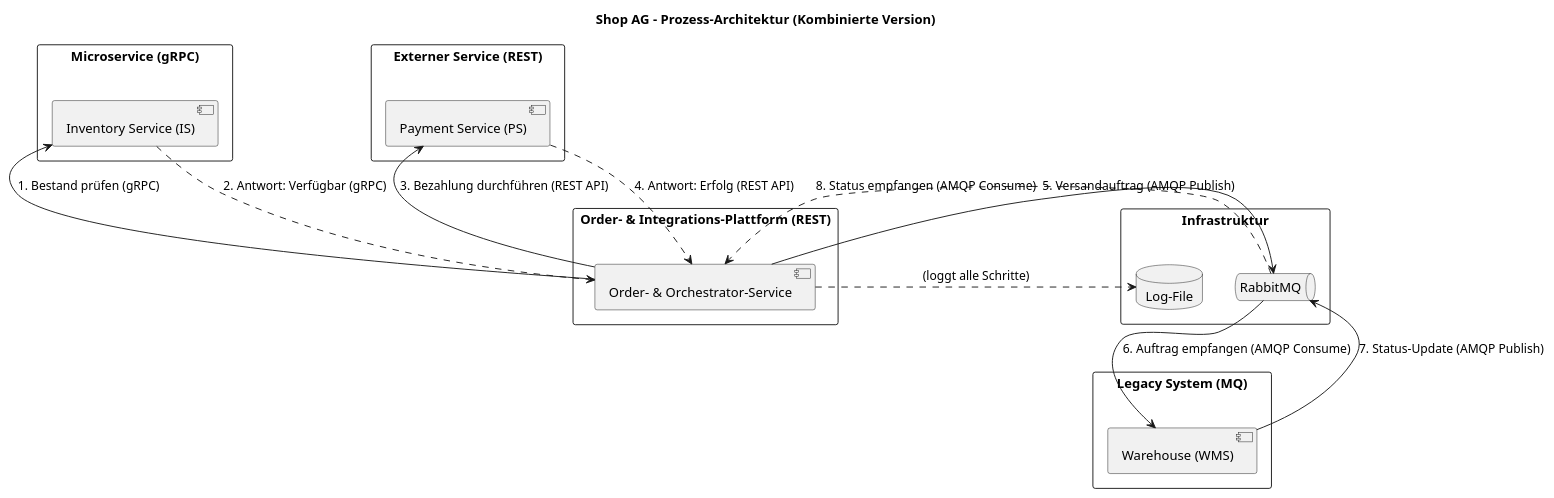
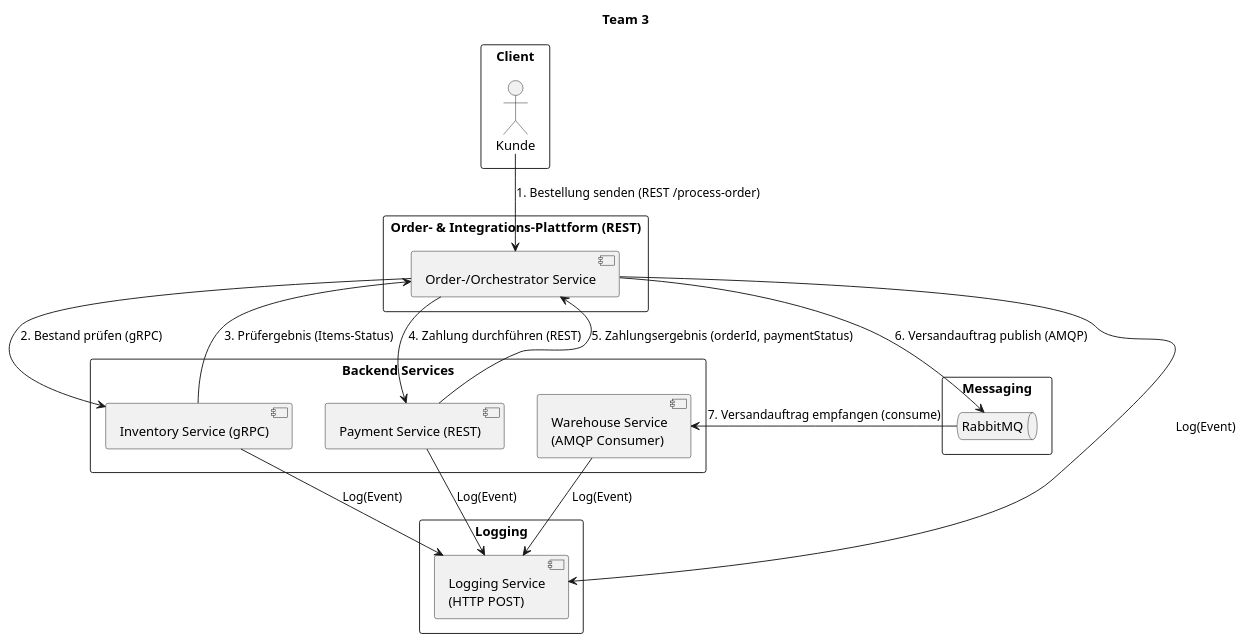
Before and after one commit to sch-lukas/AVG-Team3: the diagram in architektur.puml, drawn with PlantUML. The commit also changed 11 other files, not shown here.

Commit message:
Plantuml

```diff
--- a/architektur.puml
+++ b/architektur.puml
@@ -1,62 +1,61 @@
 @startuml Shop
-' Titel des Diagramms
-title Shop AG - Prozess-Architektur (Kombinierte Version)
+title Team 3
 
-'Skin
 skinparam componentStyle uml2
 skinparam packageStyle rectangle
 
-'
-' == Definition der Komponenten ==
-'
+' ================
+'  PACKAGES
+' ================
 
-' 1. Unsere zentrale Lösung
-package "Order- & Integrations-Plattform (REST)" {
-  component "Order- & Orchestrator-Service" as Orch
+package "Client" {
+  actor Kunde as User
 }
 
-' 2. Die angebundenen Systeme
-package "Microservice (gRPC)" {
-  component "Inventory Service (IS)" as IS
+package "Order- & Integrations-Plattform (REST)" {
+  component "Order-/Orchestrator Service" as ORCH
 }
 
-package "Externer Service (REST)" {
-  component "Payment Service (PS)" as PS
+package "Backend Services" {
+  component "Inventory Service (gRPC)" as INV
+  component "Payment Service (REST)" as PAY
+  component "Warehouse Service\n(AMQP Consumer)" as WMS
 }
 
-package "Legacy System (MQ)" {
-  component "Warehouse (WMS)" as WMS
+package "Messaging" {
+  queue "RabbitMQ" as MQ
 }
 
-' 3. Infrastruktur-Komponenten
-package "Infrastruktur" {
-   queue "RabbitMQ" as MQ
-   database "Log-File" as Log
+package "Logging" {
+  component "Logging Service\n(HTTP POST)" as LOG
 }
 
+' ================
+'  MAIN PROCESS FLOW
+' ================
 
-'
-' == Definition des Datenflusses ==
-'
+User --> ORCH : 1. Bestellung senden (REST /process-order)
 
-' 1. Bestandsprüfung
-Orch -> IS : 1. Bestand prüfen (gRPC)
-IS .-> Orch : 2. Antwort: Verfügbar (gRPC)
+' Inventory
+ORCH --> INV : 2. Bestand prüfen (gRPC)
+INV --> ORCH : 3. Prüfergebnis (Items-Status)
 
-' 2. Bezahlung (nach erfolgreicher Prüfung)
-Orch -> PS : 3. Bezahlung durchführen (REST API)
-PS .-> Orch : 4. Antwort: Erfolg (REST API)
+' Payment
+ORCH --> PAY : 4. Zahlung durchführen (REST)
+PAY --> ORCH : 5. Zahlungsergebnis (orderId, paymentStatus)
 
-' 3. Versandauftrag (nach erfolgreicher Bezahlung)
-Orch -> MQ : 5. Versandauftrag (AMQP Publish)
-MQ --> WMS : 6. Auftrag empfangen (AMQP Consume)
+' Publish to MQ
+ORCH --> MQ : 6. Versandauftrag publish (AMQP)
+MQ --> WMS : 7. Versandauftrag empfangen (consume)
 
-' 4. Status-Rückmeldung (asynchron)
+' ================
+'  LOGGING-FLUSS
+' ================
 
-WMS --> MQ : 7. Status-Update (AMQP Publish)
-MQ .> Orch : 8. Status empfangen (AMQP Consume)
-
-' 5. Logging (passiert bei jedem Schritt)
-Orch .> Log : (loggt alle Schritte)
+' Alle Services schicken Logs an Logging-Service (HTTP POST)
+ORCH --> LOG : Log(Event)
+INV --> LOG : Log(Event)
+PAY --> LOG : Log(Event)
+WMS --> LOG : Log(Event)
 
 @enduml
```
